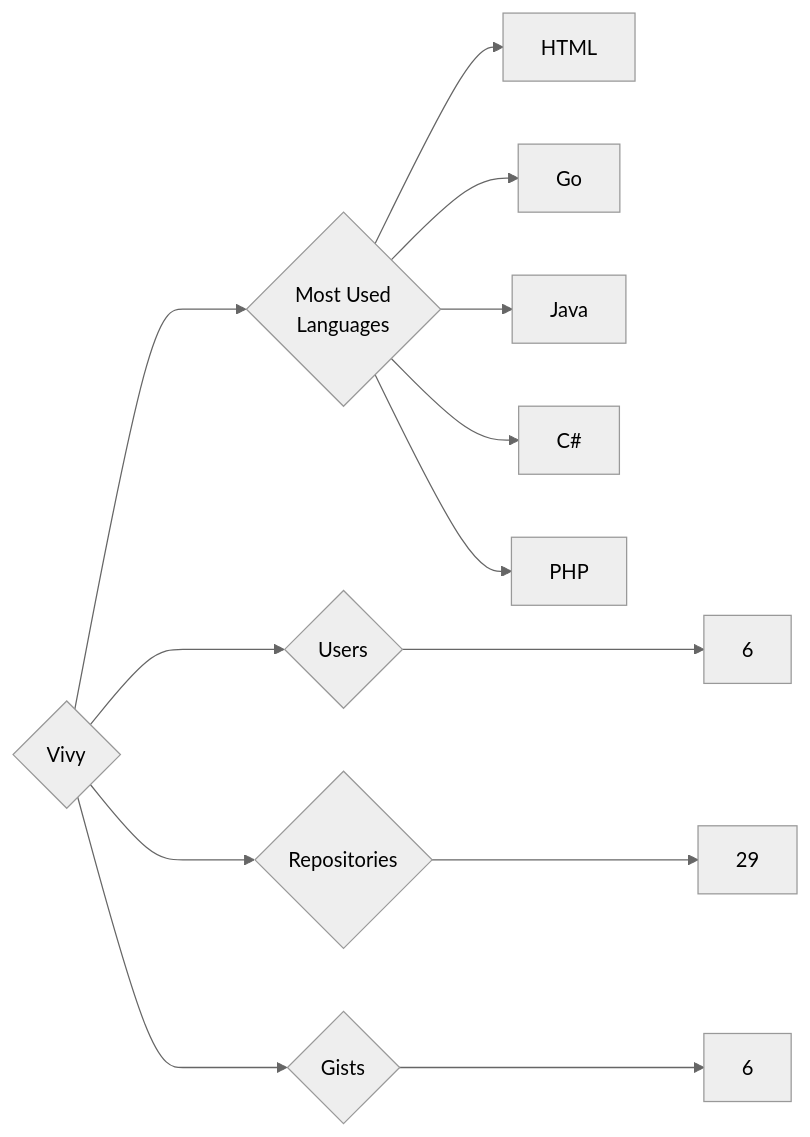
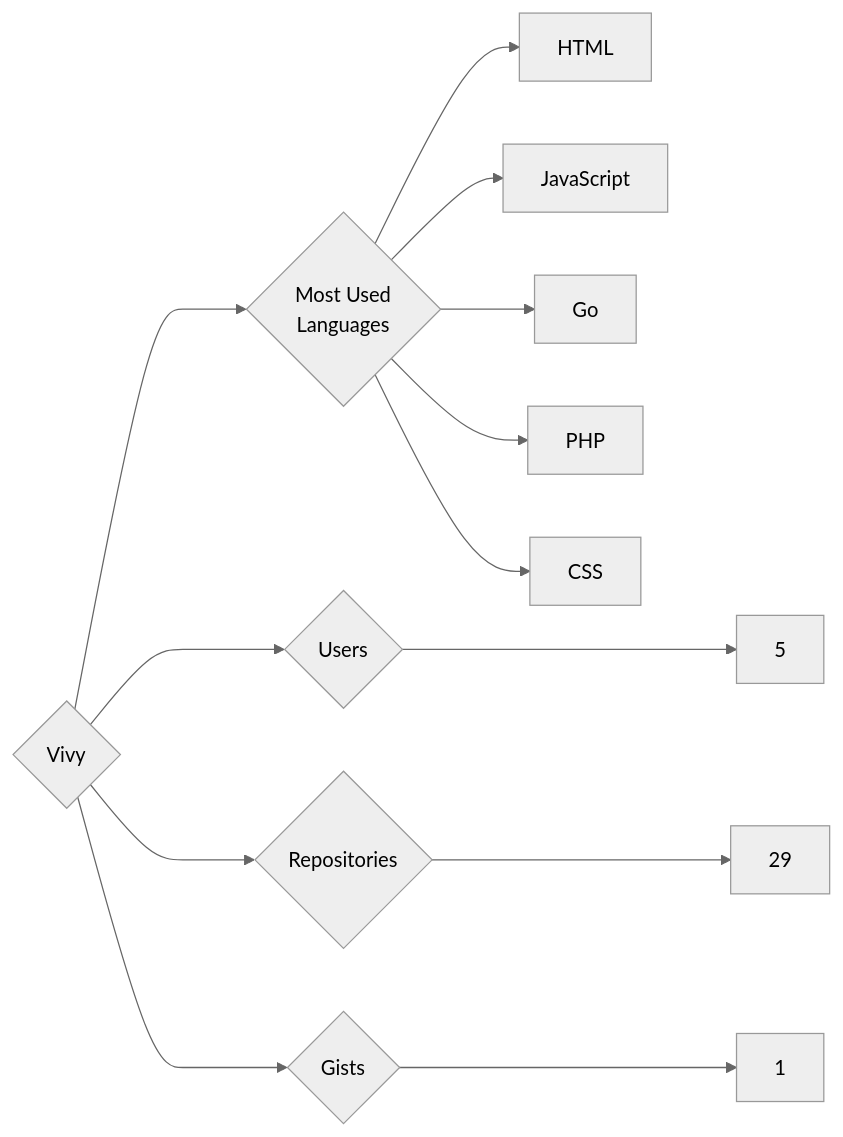
The diagram in targets/Vivy/README.md (trickest/insiders), drawn with Mermaid (neutral theme) before and after one commit. The commit also changed 815 other files, not shown here.

````diff
--- a/targets/Vivy/README.md
+++ b/targets/Vivy/README.md
@@ -3,13 +3,13 @@
 ```mermaid
 graph LR
 COMPANY_NAME{Vivy}
-COMPANY_NAME ---> U{Users} ---> UN[6]
+COMPANY_NAME ---> U{Users} ---> UN[5]
 COMPANY_NAME ---> R{Repositories} ---> RN[29]
-COMPANY_NAME ---> G{Gists} ---> GN[6]
+COMPANY_NAME ---> G{Gists} ---> GN[1]
 COMPANY_NAME ---> ML{Most Used<br>Languages}
 ML --> HTML[HTML]
+ML --> JavaScript[JavaScript]
 ML --> Go[Go]
-ML --> Java[Java]
-ML --> C#[C#]
 ML --> PHP[PHP]
+ML --> CSS[CSS]
 ```
````
